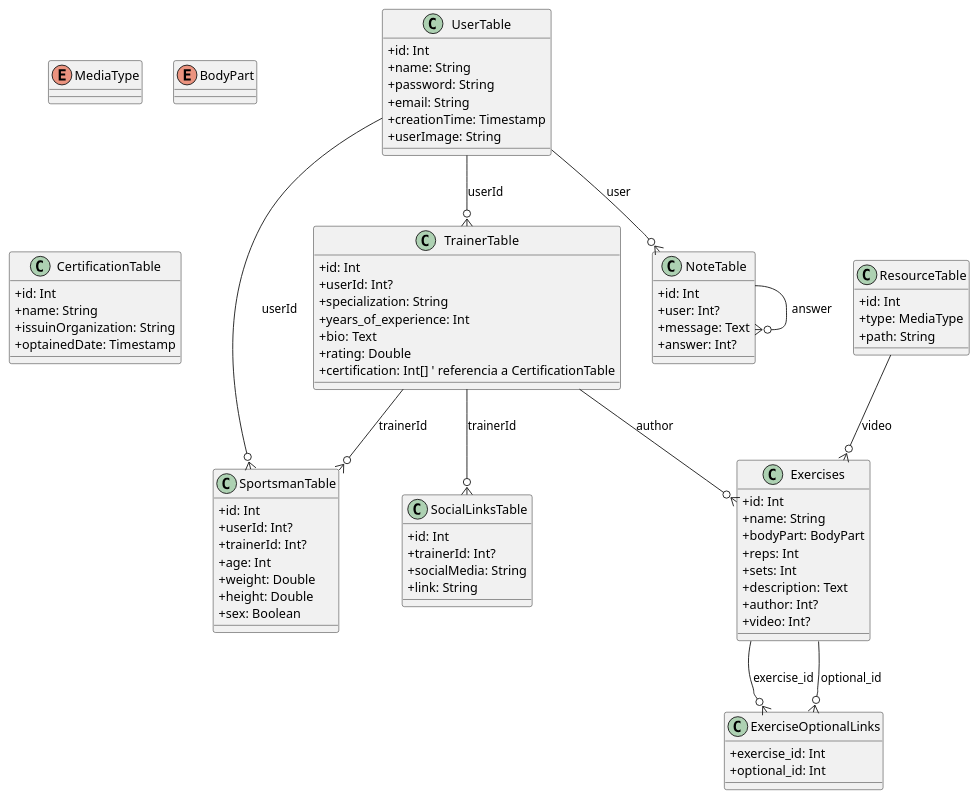
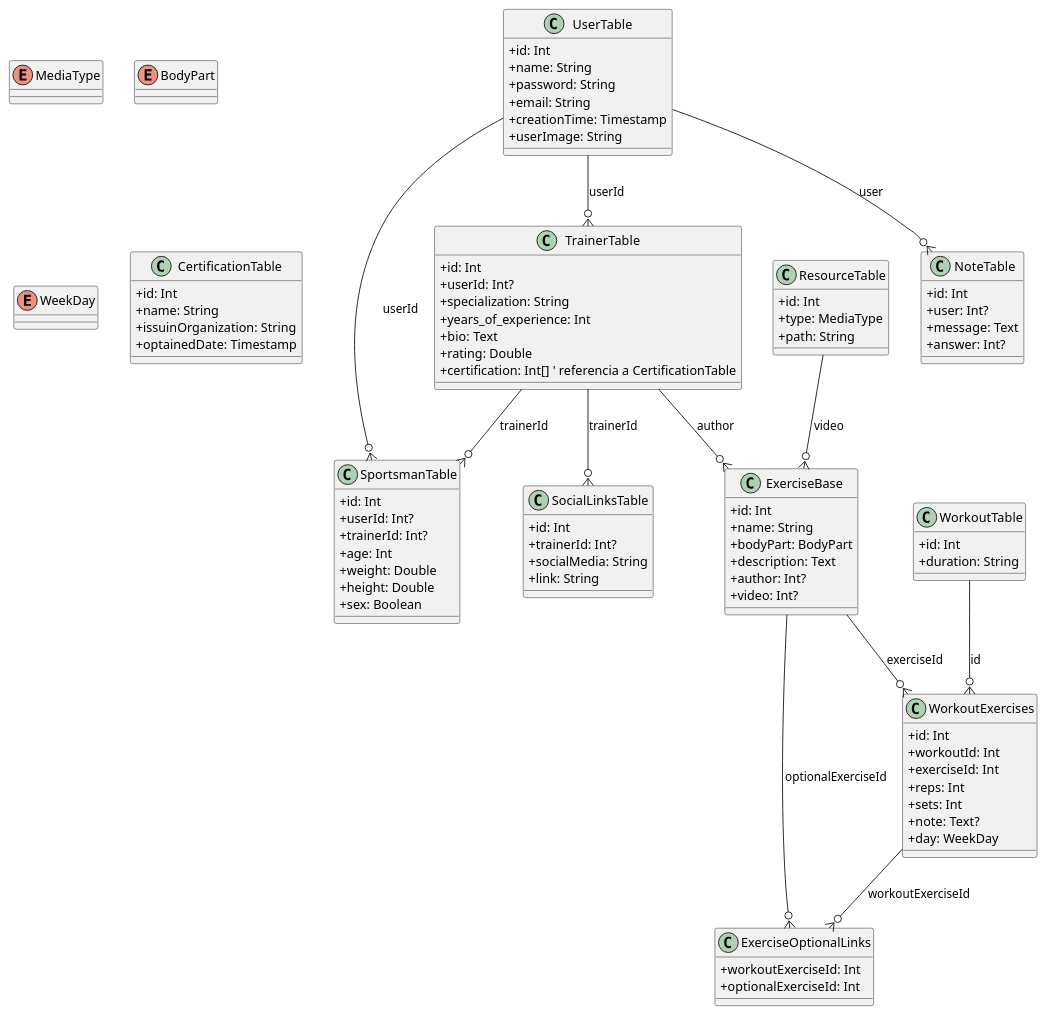
One commit to GasparKral/Fit-me changed the diagram in Writerside/topics/topics/Estructura-de-los-Datos.md. Above: the diagram before and after it, drawn with PlantUML. The commit also changed 2 other files, not shown here.

Commit message:
Doc: actualizar documentación

```diff
--- a/Writerside/topics/topics/Estructura-de-los-Datos.md
+++ b/Writerside/topics/topics/Estructura-de-los-Datos.md
@@ -201,8 +201,9 @@
 ' Enumeraciones
 enum MediaType
 enum BodyPart
+enum WeekDay
 
-' Tablas
+' Tablas base
 class UserTable {
 +id: Int
 +name: String
@@ -259,20 +260,34 @@
 +answer: Int?
 }
 
-class Exercises {
+' Ejercicios
+class ExerciseBase {
 +id: Int
 +name: String
 +bodyPart: BodyPart
-+reps: Int
-+sets: Int
 +description: Text
 +author: Int?
 +video: Int?
 }
 
+class WorkoutTable {
++id: Int
++duration: String
+}
+
+class WorkoutExercises {
++id: Int
++workoutId: Int
++exerciseId: Int
++reps: Int
++sets: Int
++note: Text?
++day: WeekDay
+}
+
 class ExerciseOptionalLinks {
-+exercise_id: Int
-+optional_id: Int
++workoutExerciseId: Int
++optionalExerciseId: Int
 }
 
 ' Relaciones
@@ -280,11 +295,13 @@
 UserTable --o{ SportsmanTable : userId
 TrainerTable --o{ SportsmanTable : trainerId
 TrainerTable --o{ SocialLinksTable : trainerId
-TrainerTable --o{ Exercises : author
-ResourceTable --o{ Exercises : video
+TrainerTable --o{ ExerciseBase : author
+ResourceTable --o{ ExerciseBase : video
 UserTable --o{ NoteTable : user
-NoteTable --o{ NoteTable : answer
-Exercises --o{ ExerciseOptionalLinks : exercise_id
-Exercises --o{ ExerciseOptionalLinks : optional_id
+
+WorkoutTable --o{ WorkoutExercises : id
+ExerciseBase --o{ WorkoutExercises : exerciseId
+WorkoutExercises --o{ ExerciseOptionalLinks : workoutExerciseId
+ExerciseBase --o{ ExerciseOptionalLinks : optionalExerciseId
 
 @enduml
```
